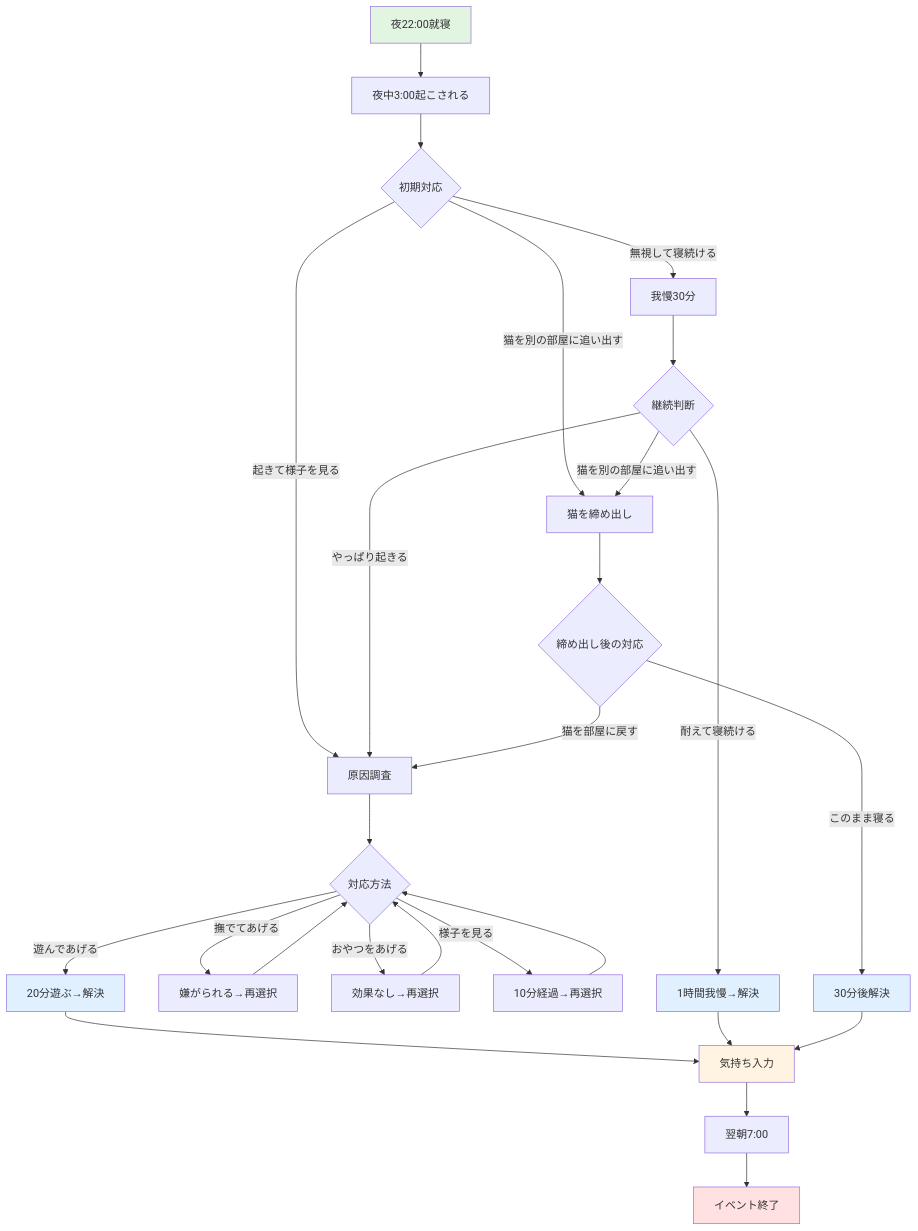
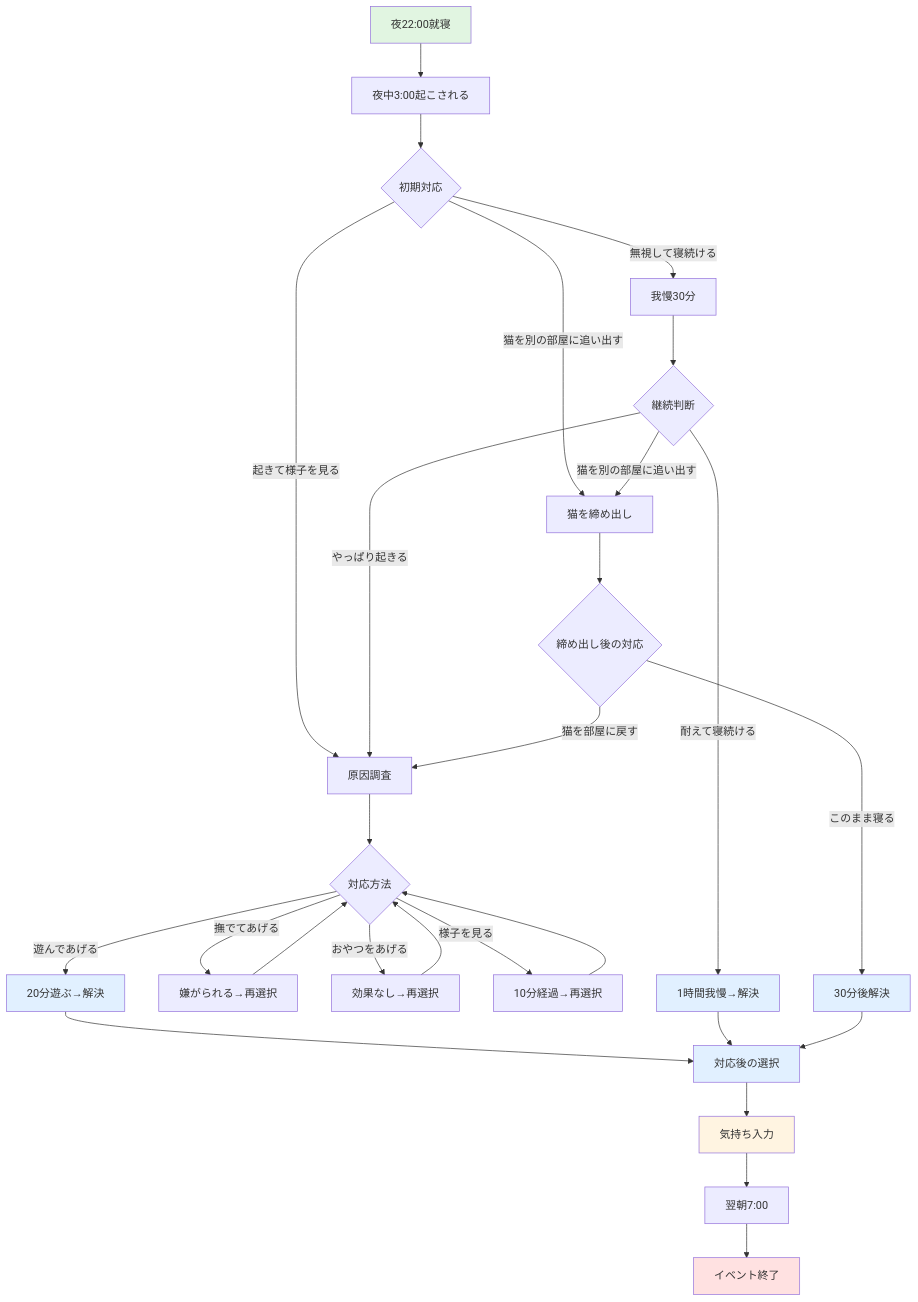
The diagram in docs/design/scenarios/01-夜泣き・睡眠不足シナリオ.md (nekoneko02/can-you-really-own-a-cat), drawn with Mermaid before and after one commit. The commit also changed other lines of this file and 1 other file, not shown here.

````diff
--- a/docs/design/scenarios/01-夜泣き・睡眠不足シナリオ.md
+++ b/docs/design/scenarios/01-夜泣き・睡眠不足シナリオ.md
@@ -5,41 +146,43 @@
 ```mermaid
 flowchart TD
     Start[夜22:00就寝] --> Night[夜中3:00起こされる]
     Night --> Choice1{初期対応}
 
     Choice1 -->|起きて様子を見る| InvestA[原因調査]
     Choice1 -->|無視して寝続ける| IgnoreA[我慢30分]
     Choice1 -->|猫を別の部屋に追い出す| MoveA[猫を締め出し]
 
     InvestA --> Choice2A{対応方法}
     Choice2A -->|遊んであげる| PlayA[20分遊ぶ→解決]
     Choice2A -->|撫でてあげる| PetA[嫌がられる→再選択]
     Choice2A -->|おやつをあげる| SnackA[効果なし→再選択]
     Choice2A -->|様子を見る| WaitA[10分経過→再選択]
 
     IgnoreA --> Choice2B{継続判断}
     Choice2B -->|やっぱり起きる| InvestA
     Choice2B -->|耐えて寝続ける| EndureB[1時間我慢→解決]
     Choice2B -->|猫を別の部屋に追い出す| MoveA
 
     MoveA --> Choice2C{締め出し後の対応}
     Choice2C -->|このまま寝る| SleepC[30分後解決]
     Choice2C -->|猫を部屋に戻す| InvestA
 
-    PlayA --> Emotion[気持ち入力]
-    EndureB --> Emotion
-    SleepC --> Emotion
+    PlayA --> AfterChoice[対応後の選択]
+    EndureB --> AfterChoice
+    SleepC --> AfterChoice
     PetA --> Choice2A
     SnackA --> Choice2A
     WaitA --> Choice2A
 
+    AfterChoice --> Emotion[気持ち入力]
     Emotion --> Morning[翌朝7:00]
     Morning --> End[イベント終了]
 
     style Start fill:#e1f5e1
     style End fill:#ffe1e1
     style Emotion fill:#fff4e1
+    style AfterChoice fill:#e1f0ff
     style PlayA fill:#e1f0ff
     style EndureB fill:#e1f0ff
     style SleepC fill:#e1f0ff
 ```
````
